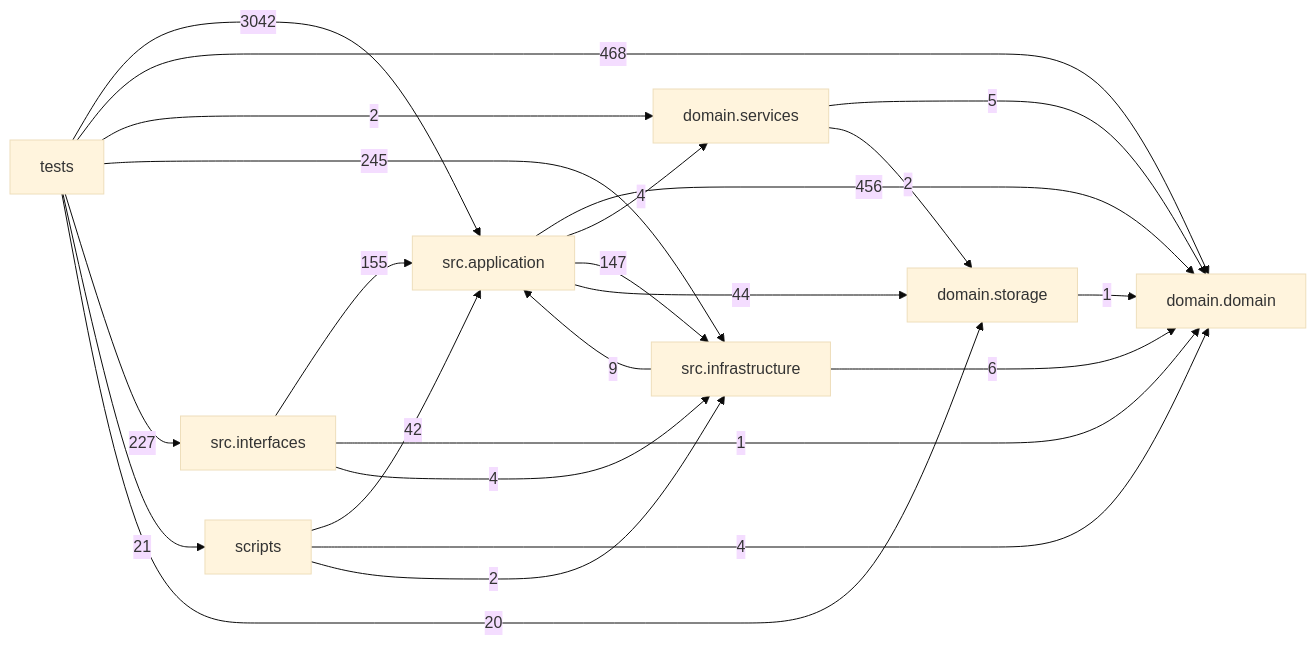
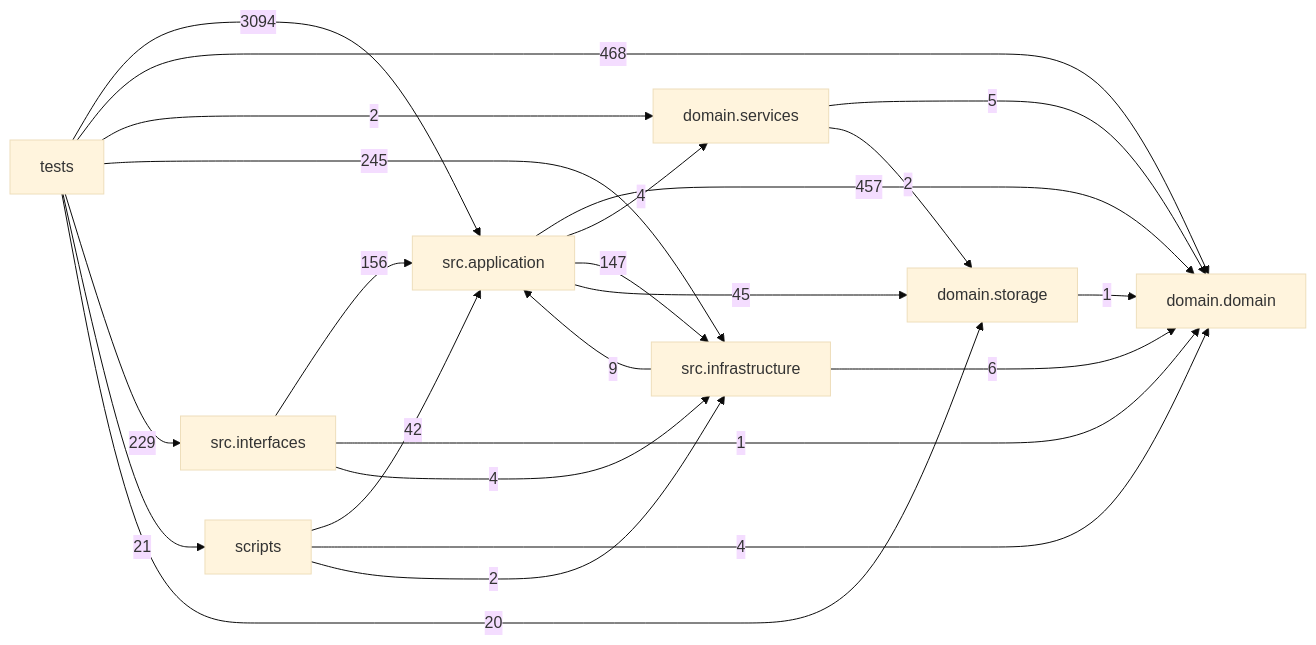
Before and after one commit to liuxie066/options-monitor: the diagram in docs/DEPENDENCY_GRAPH.md, drawn with Mermaid (base theme). The commit also changed other lines of this file and 29 other files, not shown here.

````diff
--- a/docs/DEPENDENCY_GRAPH.md
+++ b/docs/DEPENDENCY_GRAPH.md
@@ -24,33 +24,33 @@
 ```mermaid
 flowchart LR
   tests["tests"]
   scripts["scripts"]
   interfaces["src.interfaces"]
   application["src.application"]
   infrastructure["src.infrastructure"]
   domain_services["domain.services"]
   domain["domain.domain"]
   storage["domain.storage"]
-  application -->|456| domain
+  application -->|457| domain
   application -->|4| domain_services
   application -->|147| infrastructure
-  application -->|44| storage
+  application -->|45| storage
   domain_services -->|5| domain
   domain_services -->|2| storage
   infrastructure -->|9| application
   infrastructure -->|6| domain
-  interfaces -->|155| application
+  interfaces -->|156| application
   interfaces -->|1| domain
   interfaces -->|4| infrastructure
   scripts -->|42| application
   scripts -->|4| domain
   scripts -->|2| infrastructure
   storage -->|1| domain
-  tests -->|3042| application
+  tests -->|3094| application
   tests -->|468| domain
   tests -->|2| domain_services
   tests -->|245| infrastructure
-  tests -->|227| interfaces
+  tests -->|229| interfaces
   tests -->|21| scripts
   tests -->|20| storage
 ```
````
